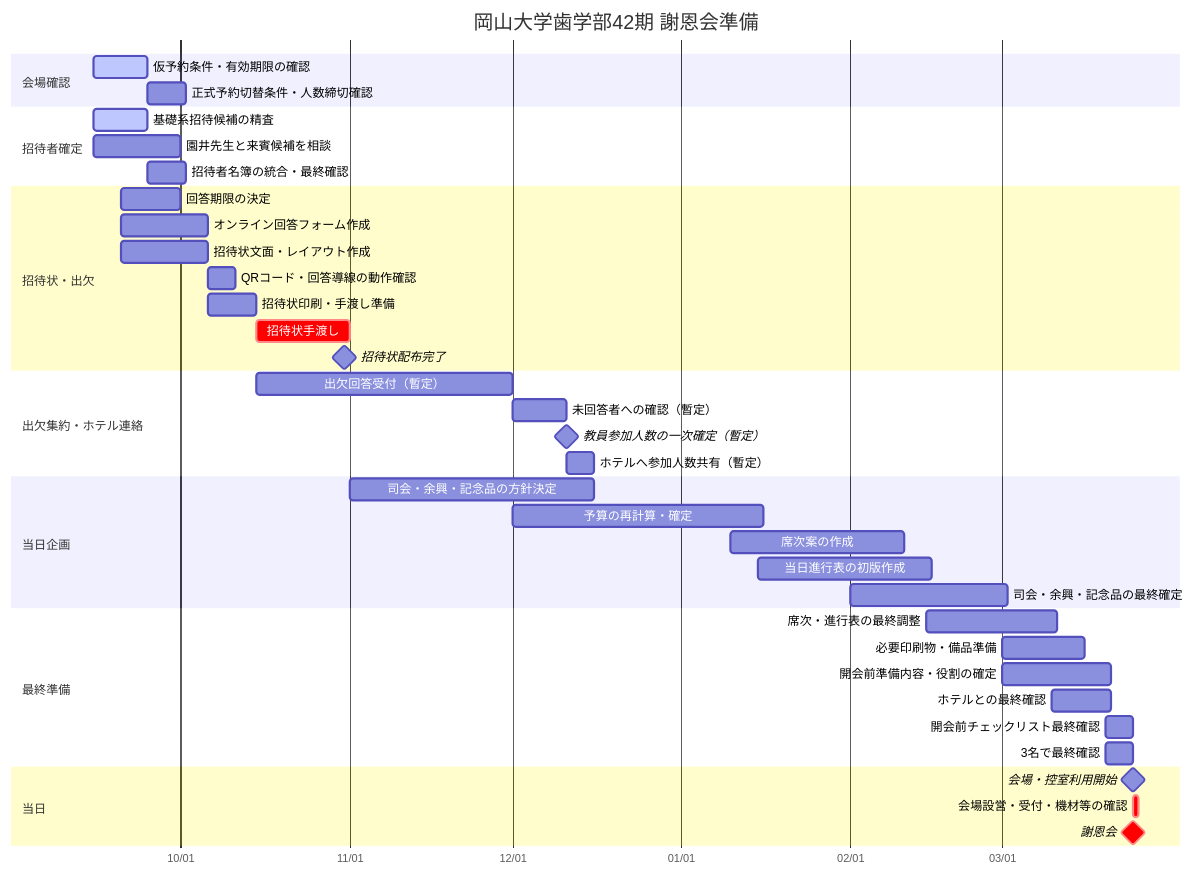
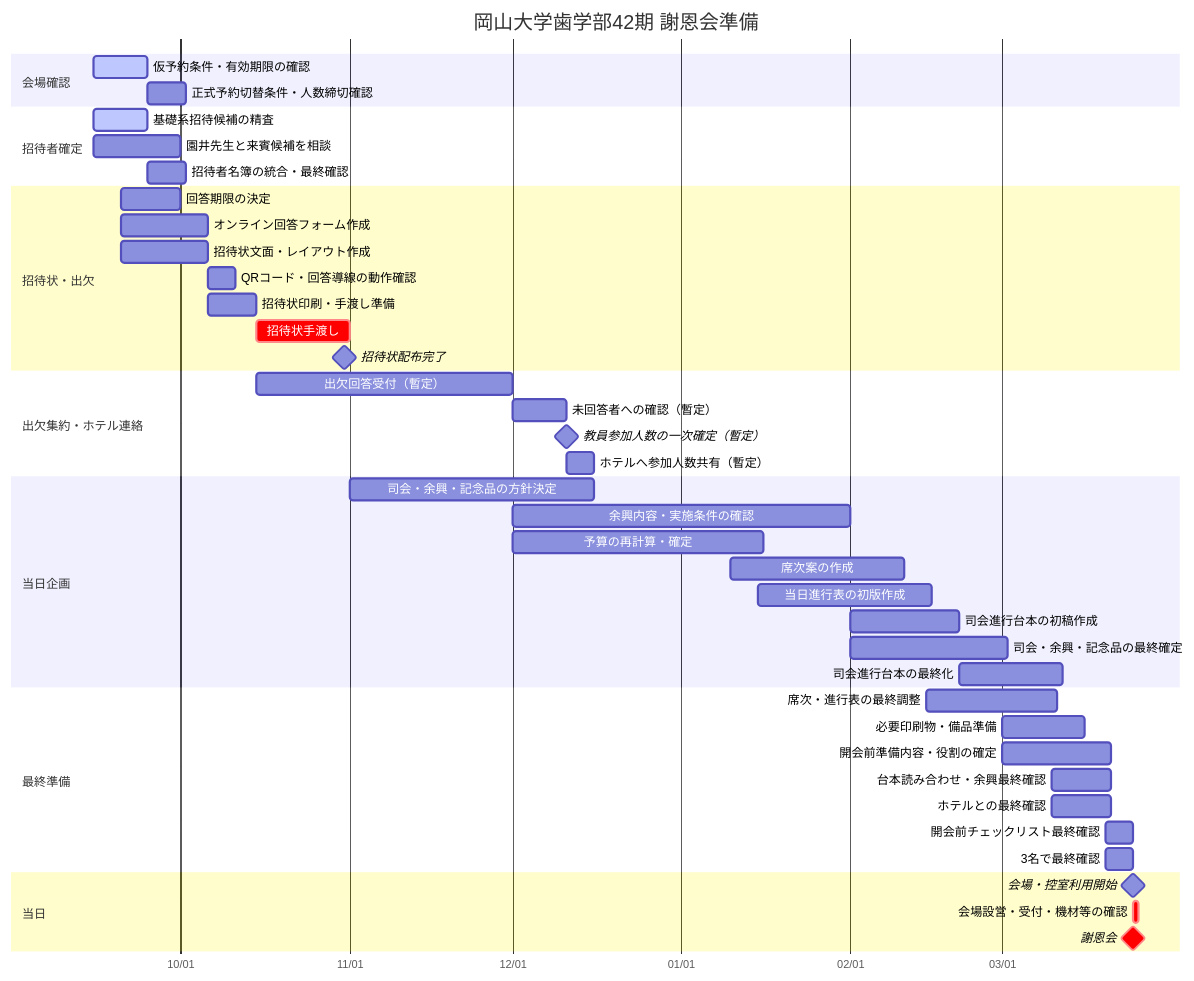
One commit to ishinebe/syaonkai changed the diagram in GANTT.md. Above: the diagram before and after it, drawn with Mermaid. The commit also changed other lines of this file, not shown here.

````diff
--- a/GANTT.md
+++ b/GANTT.md
@@ -19,50 +19,54 @@
 ```mermaid
 gantt
     title 岡山大学歯学部42期 謝恩会準備
     dateFormat  YYYY-MM-DD
     axisFormat  %m/%d
 
     section 会場確認
     仮予約条件・有効期限の確認       :active, h1, 2026-09-15, 10d
     正式予約切替条件・人数締切確認   :h2, after h1, 7d
 
     section 招待者確定
     基礎系招待候補の精査           :active, a1, 2026-09-15, 10d
     園井先生と来賓候補を相談       :a2, 2026-09-15, 16d
     招待者名簿の統合・最終確認     :a3, after a1, 7d
 
     section 招待状・出欠
     回答期限の決定                 :a4, 2026-09-20, 11d
     オンライン回答フォーム作成     :a5, 2026-09-20, 16d
     招待状文面・レイアウト作成     :a6, 2026-09-20, 16d
     QRコード・回答導線の動作確認   :a7, after a5, 5d
     招待状印刷・手渡し準備         :a8, 2026-10-06, 9d
     招待状手渡し                   :crit, a9, 2026-10-15, 17d
     招待状配布完了                 :milestone, m1, 2026-10-31, 0d
 
     section 出欠集約・ホテル連絡
     出欠回答受付（暫定）           :a10, 2026-10-15, 47d
     未回答者への確認（暫定）       :a11, 2026-12-01, 10d
     教員参加人数の一次確定（暫定） :milestone, m2, 2026-12-11, 0d
     ホテルへ参加人数共有（暫定）   :a12, 2026-12-11, 5d
 
     section 当日企画
     司会・余興・記念品の方針決定   :a13, 2026-11-01, 45d
+    余興内容・実施条件の確認       :a25, 2026-12-01, 62d
     予算の再計算・確定             :a14, 2026-12-01, 46d
     席次案の作成                   :a15, 2027-01-10, 32d
     当日進行表の初版作成           :a16, 2027-01-15, 32d
+    司会進行台本の初稿作成         :a26, 2027-02-01, 20d
     司会・余興・記念品の最終確定   :a17, 2027-02-01, 29d
+    司会進行台本の最終化           :a27, 2027-02-21, 19d
 
     section 最終準備
     席次・進行表の最終調整         :a18, 2027-02-15, 24d
     必要印刷物・備品準備           :a19, 2027-03-01, 15d
     開会前準備内容・役割の確定     :a22, 2027-03-01, 20d
+    台本読み合わせ・余興最終確認   :a28, 2027-03-10, 11d
     ホテルとの最終確認             :a20, 2027-03-10, 11d
     開会前チェックリスト最終確認   :a23, 2027-03-20, 5d
     3名で最終確認                  :a21, 2027-03-20, 5d
 
     section 当日
     会場・控室利用開始             :milestone, m4, 2027-03-25, 0d
     会場設営・受付・機材等の確認   :crit, a24, 2027-03-25, 1d
     謝恩会                          :crit, milestone, m3, 2027-03-25, 0d
 ```
````
